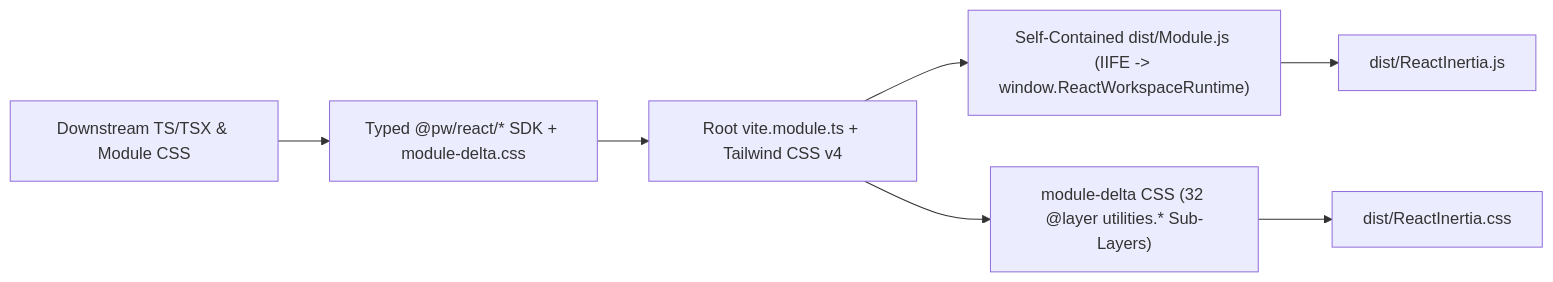
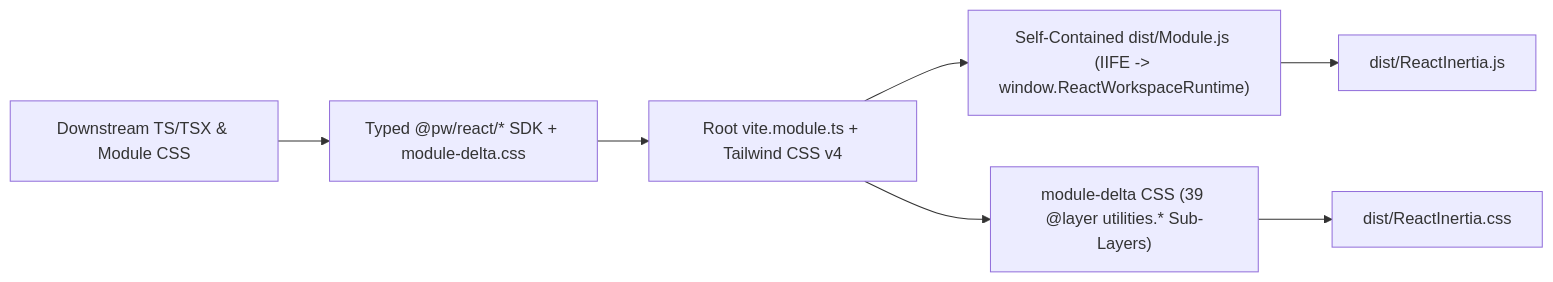
One commit to trk/React changed the diagram in docs/05-frontend-runtime-sdk-and-security.md. Above: the diagram before and after it, drawn with Mermaid. The commit also changed other lines of this file and 10 other files, not shown here.

Commit message:
docs: synchronize module reference docs, architecture guides, and Boost skill

````diff
--- a/docs/05-frontend-runtime-sdk-and-security.md
+++ b/docs/05-frontend-runtime-sdk-and-security.md
@@ -40,9 +40,9 @@
 ```mermaid
 flowchart LR
     SRC["Downstream TS/TSX & Module CSS"] --> SDK["Typed @pw/react/* SDK + module-delta.css"]
     SDK --> VITE["Root vite.module.ts + Tailwind CSS v4"]
     VITE --> MODJS["Self-Contained dist/Module.js (IIFE -> window.ReactWorkspaceRuntime)"]
-    VITE --> MODCSS["module-delta CSS (32 @layer utilities.* Sub-Layers)"]
+    VITE --> MODCSS["module-delta CSS (39 @layer utilities.* Sub-Layers)"]
     MODJS --> CORE["dist/ReactInertia.js"]
     MODCSS --> CORECSS["dist/ReactInertia.css"]
 ```
````
